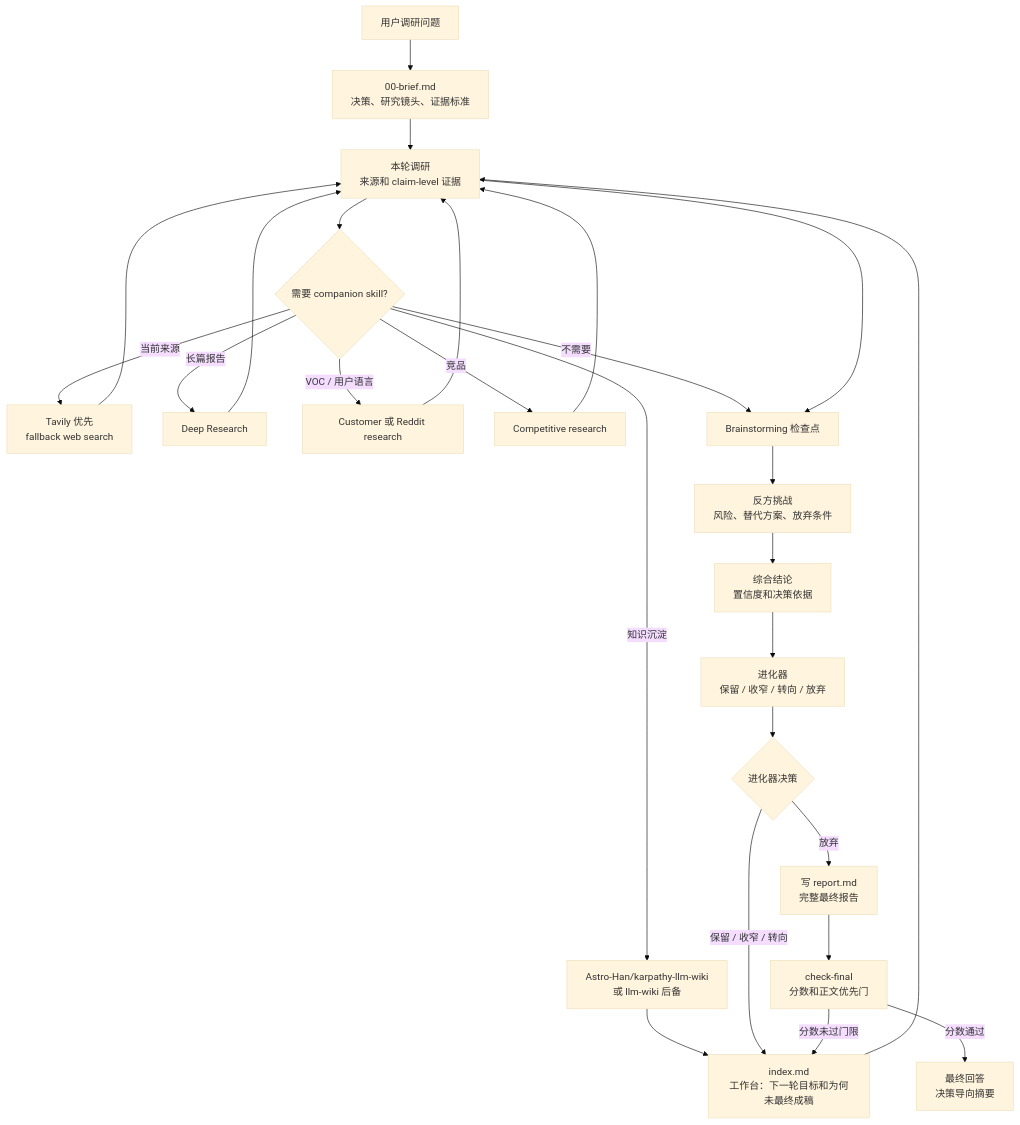
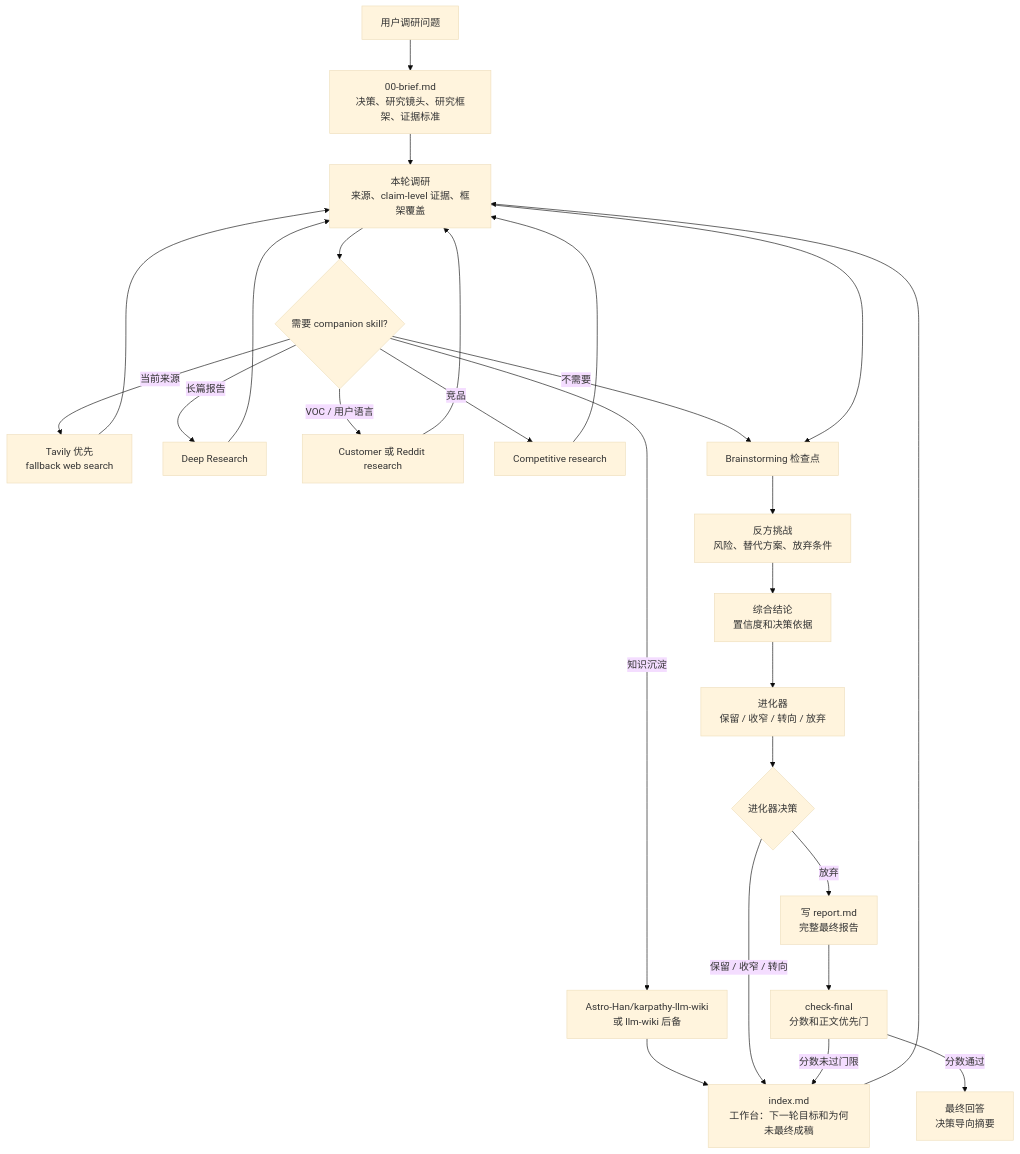
The diagram in README.zh-CN.md (GoatGit/super-survey), drawn with Mermaid (base theme) before and after one commit. The commit also changed other lines of this file and 7 other files, not shown here.

````diff
--- a/README.zh-CN.md
+++ b/README.zh-CN.md
@@ -161,28 +181,28 @@
 ```mermaid
 flowchart TD
-    A[用户调研问题] --> B[00-brief.md<br/>决策、研究镜头、证据标准]
-    B --> C[本轮调研<br/>来源和 claim-level 证据]
+    A[用户调研问题] --> B[00-brief.md<br/>决策、研究镜头、研究框架、证据标准]
+    B --> C[本轮调研<br/>来源、claim-level 证据、框架覆盖]
     C --> D{需要 companion skill?}
     D -->|当前来源| D1[Tavily 优先<br/>fallback web search]
     D -->|长篇报告| D2[Deep Research]
     D -->|VOC / 用户语言| D3[Customer 或 Reddit research]
     D -->|竞品| D4[Competitive research]
     D -->|知识沉淀| D5[Astro-Han/karpathy-llm-wiki<br/>或 llm-wiki 后备]
     D -->|不需要| E[Brainstorming 检查点]
     D1 --> C
     D2 --> C
     D3 --> C
     D4 --> C
     D5 --> I[index.md]
     C --> E[Brainstorming 检查点]
     E --> F[反方挑战<br/>风险、替代方案、放弃条件]
     F --> G[综合结论<br/>置信度和决策依据]
     G --> H[进化器<br/>保留 / 收窄 / 转向 / 放弃]
     H --> Q{进化器决策}
     Q -->|保留 / 收窄 / 转向| I[index.md<br/>工作台：下一轮目标和为何未最终成稿]
     I --> C
     Q -->|放弃| J[写 report.md<br/>完整最终报告]
     J --> R[check-final<br/>分数和正文优先门]
     R -->|分数未过门限| I
     R -->|分数通过| K[最终回答<br/>决策导向摘要]
 ```
````
